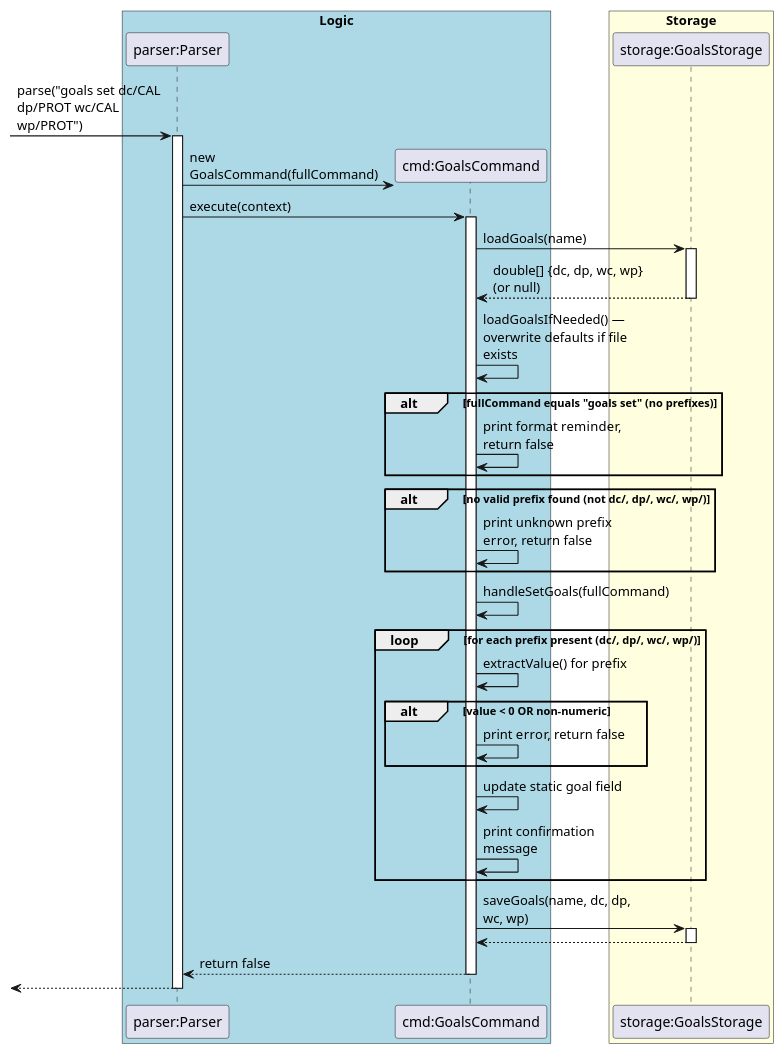
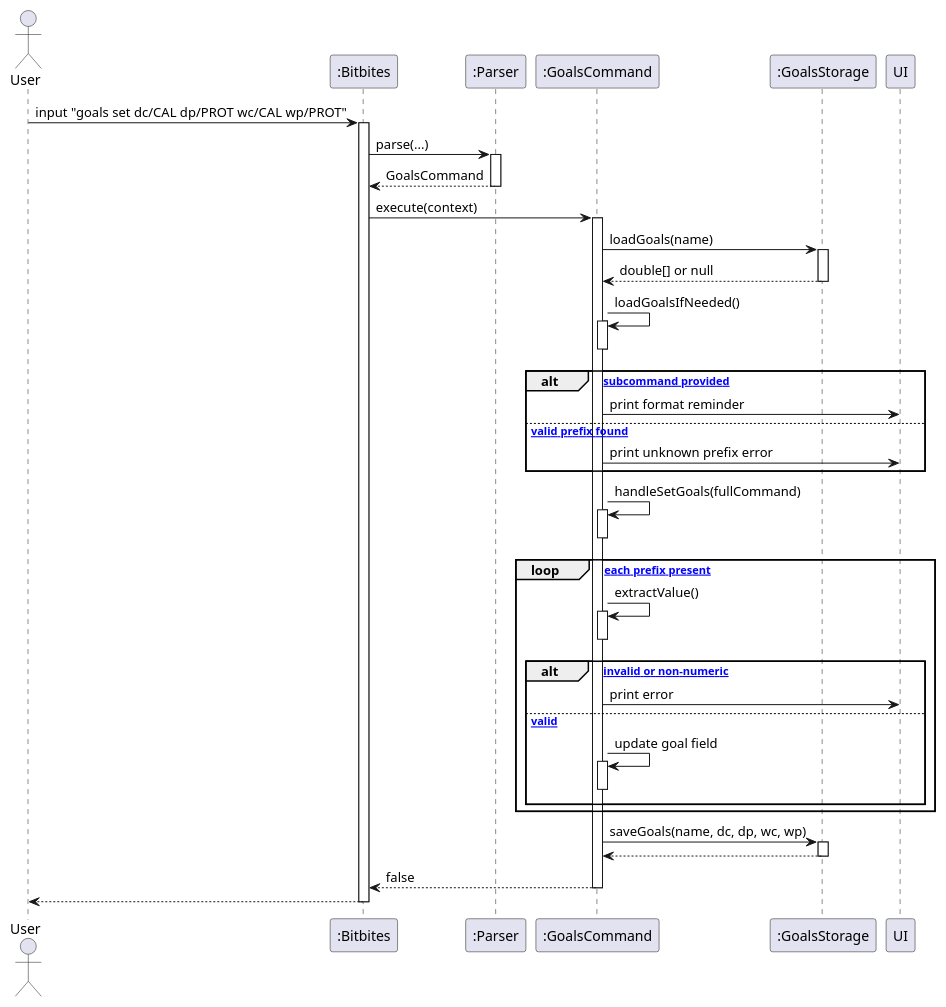
The diagram in docs/uml/goals_set.puml (bryanyeo3125/tp), drawn with PlantUML before and after one commit. The commit also changed 31 other files, not shown here.

```diff
--- a/docs/uml/goals_set.puml
+++ b/docs/uml/goals_set.puml
@@ -1,57 +1,61 @@
-@startuml goals_set
-skinparam arrowThickness 1.1
-skinparam maxMessageSize 150
+@startuml
+actor User
+participant ":Bitbites" as Bitbites
+participant ":Parser" as Parser
+participant ":GoalsCommand" as GoalsCommand
+participant ":GoalsStorage" as GoalsStorage
 
-box "Logic" #LightBlue
-participant "parser:Parser" as Parser
-participant "cmd:GoalsCommand" as Goals
-end box
+User -> Bitbites : input "goals set dc/CAL dp/PROT wc/CAL wp/PROT"
+activate Bitbites
 
-box "Storage" #LightYellow
-participant "storage:GoalsStorage" as GStorage
-end box
+Bitbites -> Parser : parse(...)
+activate Parser
+Parser --> Bitbites : GoalsCommand
+deactivate Parser
 
--> Parser : parse("goals set dc/CAL dp/PROT wc/CAL wp/PROT")
-activate Parser
+Bitbites -> GoalsCommand : execute(context)
+activate GoalsCommand
 
-Parser -> Goals ** : new GoalsCommand(fullCommand)
-Parser -> Goals : execute(context)
-activate Goals
+GoalsCommand -> GoalsStorage : loadGoals(name)
+activate GoalsStorage
+GoalsStorage --> GoalsCommand : double[] or null
+deactivate GoalsStorage
 
-Goals -> GStorage : loadGoals(name)
-activate GStorage
-GStorage --> Goals : double[] {dc, dp, wc, wp} (or null)
-deactivate GStorage
+GoalsCommand -> GoalsCommand : loadGoalsIfNeeded()
+activate GoalsCommand
+deactivate GoalsCommand
 
-Goals -> Goals : loadGoalsIfNeeded() — overwrite defaults if file exists
-
-alt fullCommand equals "goals set" (no prefixes)
-    Goals -> Goals : print format reminder, return false
+alt [no subcommand provided]
+  GoalsCommand -> UI : print format reminder
+else [no valid prefix found]
+  GoalsCommand -> UI : print unknown prefix error
 end
 
-alt no valid prefix found (not dc/, dp/, wc/, wp/)
-    Goals -> Goals : print unknown prefix error, return false
+GoalsCommand -> GoalsCommand : handleSetGoals(fullCommand)
+activate GoalsCommand
+deactivate GoalsCommand
+
+loop [for each prefix present]
+  GoalsCommand -> GoalsCommand : extractValue()
+  activate GoalsCommand
+  deactivate GoalsCommand
+  alt [value invalid or non-numeric]
+    GoalsCommand -> UI : print error
+  else [value valid]
+    GoalsCommand -> GoalsCommand : update goal field
+    activate GoalsCommand
+    deactivate GoalsCommand
+  end
 end
 
-Goals -> Goals : handleSetGoals(fullCommand)
+GoalsCommand -> GoalsStorage : saveGoals(name, dc, dp, wc, wp)
+activate GoalsStorage
+GoalsStorage --> GoalsCommand
+deactivate GoalsStorage
 
-loop for each prefix present (dc/, dp/, wc/, wp/)
-    Goals -> Goals : extractValue() for prefix
-    alt value < 0 OR non-numeric
-        Goals -> Goals : print error, return false
-    end
-    Goals -> Goals : update static goal field
-    Goals -> Goals : print confirmation message
-end
+GoalsCommand --> Bitbites : false
+deactivate GoalsCommand
 
-Goals -> GStorage : saveGoals(name, dc, dp, wc, wp)
-activate GStorage
-GStorage --> Goals
-deactivate GStorage
-
-Goals --> Parser : return false
-deactivate Goals
-
-<-- Parser
-deactivate Parser
+Bitbites --> User
+deactivate Bitbites
 @enduml
```
